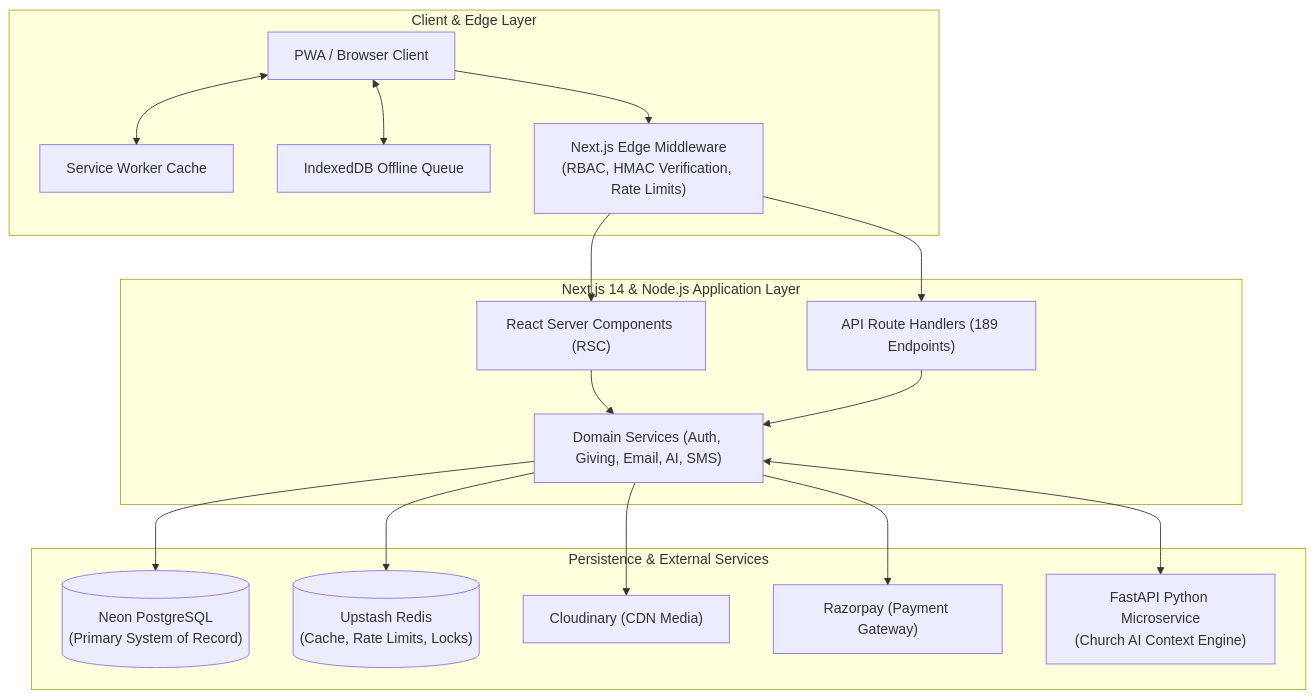
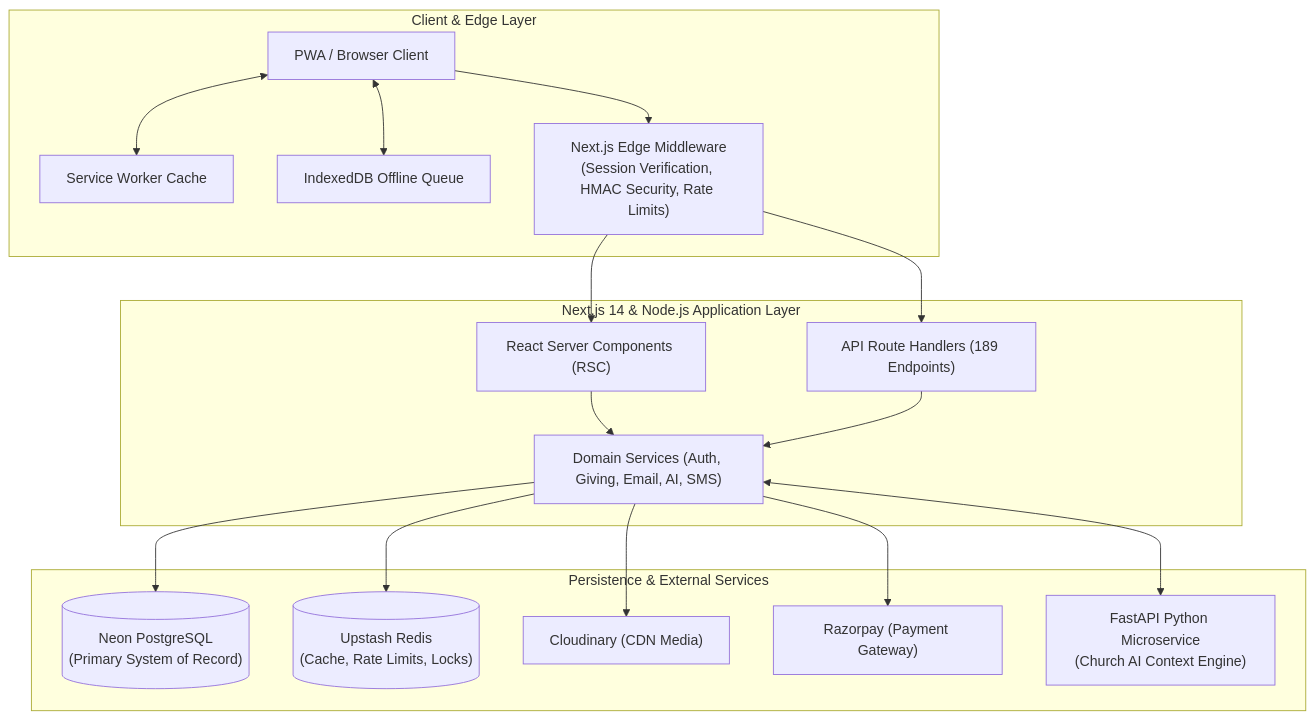
One commit to bunnyvalluri/church- changed the diagram in README.md. Above: the diagram before and after it, drawn with Mermaid. The commit also changed other lines of this file, not shown here.

````diff
--- a/README.md
+++ b/README.md
@@ -59,36 +59,36 @@
 ```mermaid
 flowchart TB
     subgraph Client ["Client & Edge Layer"]
         PWA["PWA / Browser Client"]
         SW["Service Worker Cache"]
         IDB["IndexedDB Offline Queue"]
-        Edge["Next.js Edge Middleware\n(RBAC, HMAC Verification, Rate Limits)"]
+        Edge["Next.js Edge Middleware\n(Session Verification, HMAC Security, Rate Limits)"]
     end
 
     subgraph AppServer ["Next.js 14 & Node.js Application Layer"]
         RSC["React Server Components (RSC)"]
         Routes["API Route Handlers (189 Endpoints)"]
         Services["Domain Services (Auth, Giving, Email, AI, SMS)"]
     end
 
     subgraph Persistence ["Persistence & External Services"]
         PG[("Neon PostgreSQL\n(Primary System of Record)")]
         Redis[("Upstash Redis\n(Cache, Rate Limits, Locks)")]
         Cloudinary["Cloudinary (CDN Media)"]
         Razorpay["Razorpay (Payment Gateway)"]
         FastAPI["FastAPI Python Microservice\n(Church AI Context Engine)"]
     end
 
     PWA --> Edge
     PWA <--> SW
     PWA <--> IDB
     Edge --> RSC
     Edge --> Routes
     RSC --> Services
     Routes --> Services
     Services --> PG
     Services --> Redis
     Services --> Cloudinary
     Services --> Razorpay
     Services <--> FastAPI
 ```
````
